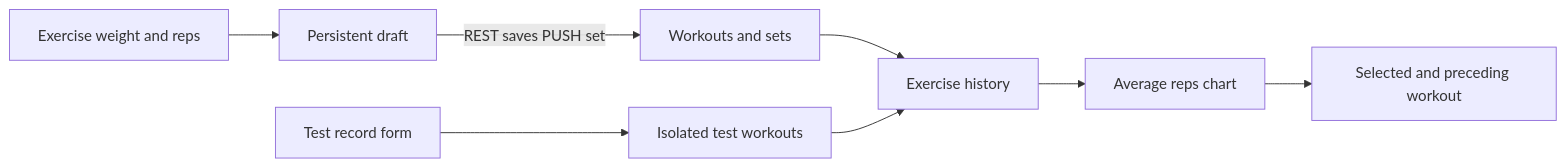
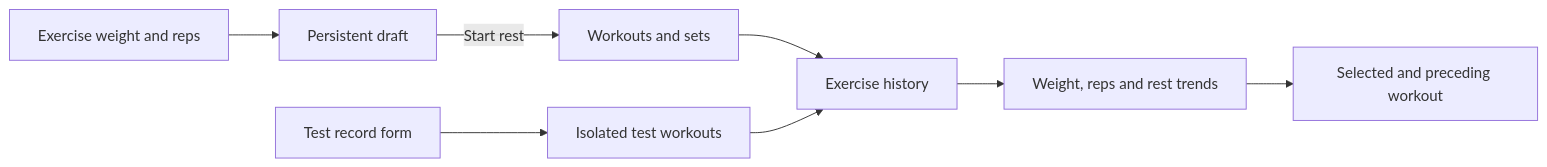
One commit to JaceDashS/lift-log changed the first of 2 diagrams in docs/architecture/20-data-flow.md. Above: the diagram before and after it, drawn with Mermaid. The commit also changed other lines of this file and 51 other files, not shown here.

````diff
--- a/docs/architecture/20-data-flow.md
+++ b/docs/architecture/20-data-flow.md
@@ -6,10 +6,10 @@
 ```mermaid
 flowchart LR
  Inputs["Exercise weight and reps"] --> Draft["Persistent draft"]
- Draft -->|"REST saves PUSH set"| SQLite["Workouts and sets"]
+ Draft -->|"Start rest"| SQLite["Workouts and sets"]
  SQLite --> History["Exercise history"]
- History --> Chart["Average reps chart"]
+ History --> Chart["Weight, reps and rest trends"]
  Chart --> Comparison["Selected and preceding workout"]
  Settings["Test record form"] --> Test["Isolated test workouts"]
  Test --> History
 ```
````
